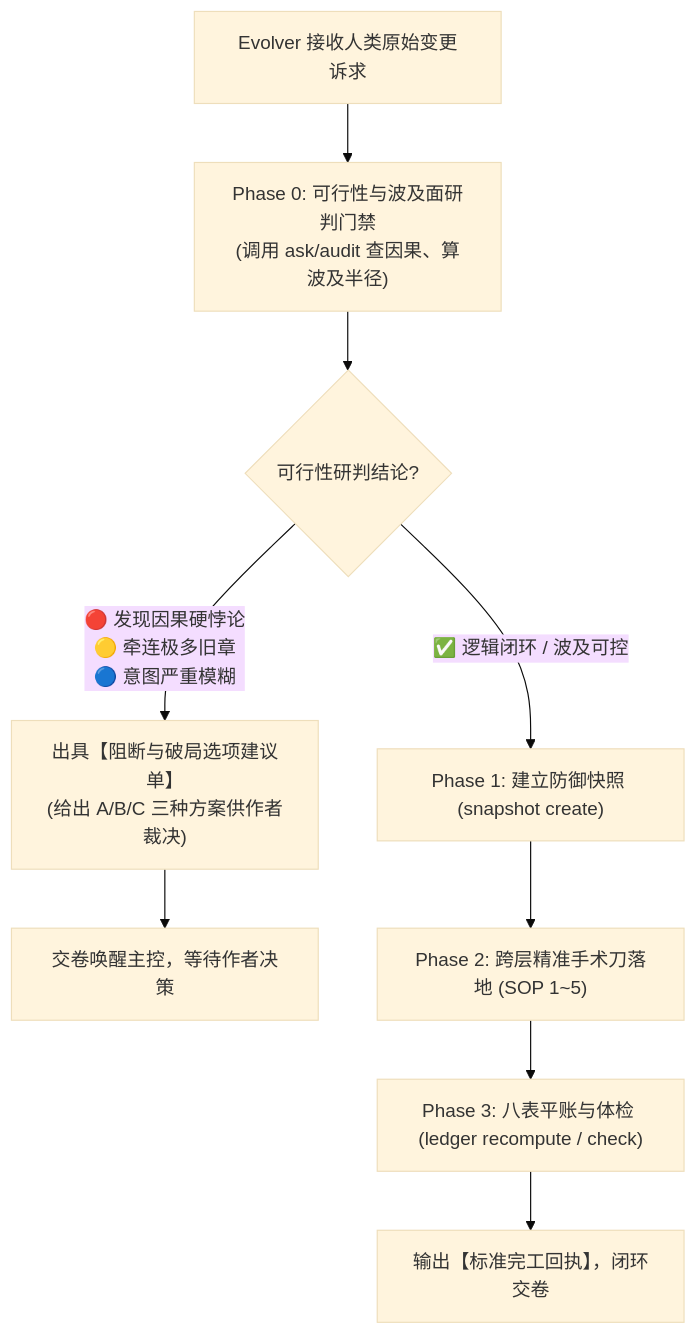
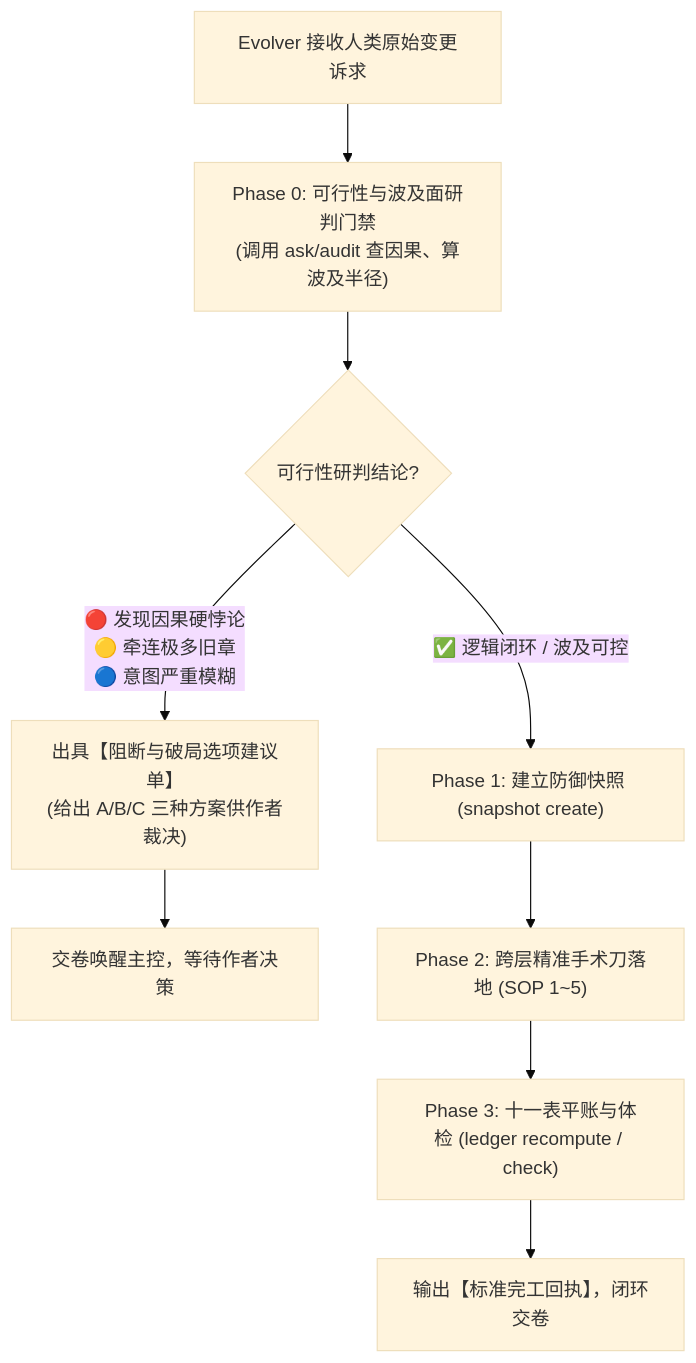
Before and after one commit to cg110902/NOVEL: the diagram in .agents/skills/evolution/SKILL.md, drawn with Mermaid (base theme). The commit also changed other lines of this file and 76 other files, not shown here.

First line of the commit message:
路线图 R0/R1/R4/R2/R3 全量交付 + 统一测试收敛（265/265）

````diff
--- a/.agents/skills/evolution/SKILL.md
+++ b/.agents/skills/evolution/SKILL.md
@@ -39,13 +39,13 @@
 ```mermaid
 graph TD
     Start["Evolver 接收人类原始变更诉求"] --> P0["Phase 0: 可行性与波及面研判门禁<br/>(调用 ask/audit 查因果、算波及半径)"]
     P0 --> Check{"可行性研判结论?"}
     
     Check -- "🔴 发现因果硬悖论<br/>🟡 牵连极多旧章<br/>🔵 意图严重模糊" --> Report["出具【阻断与破局选项建议单】<br/>(给出 A/B/C 三种方案供作者裁决)"]
     Report --> Stop["交卷唤醒主控，等待作者决策"]
     
     Check -- "✅ 逻辑闭环 / 波及可控" --> Step1["Phase 1: 建立防御快照 (snapshot create)"]
     Step1 --> Step2["Phase 2: 跨层精准手术刀落地 (SOP 1~5)"]
-    Step2 --> Step3["Phase 3: 八表平账与体检 (ledger recompute / check)"]
+    Step2 --> Step3["Phase 3: 十一表平账与体检 (ledger recompute / check)"]
     Step3 --> Done["输出【标准完工回执】，闭环交卷"]
 ```
````
